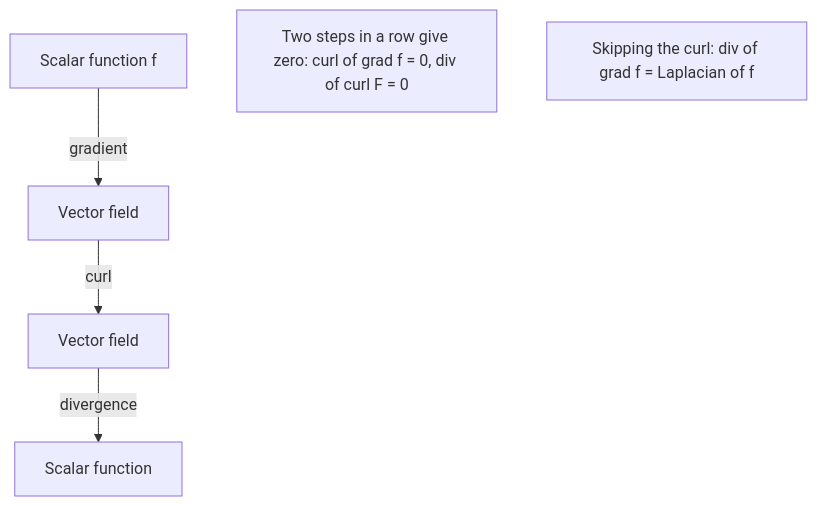
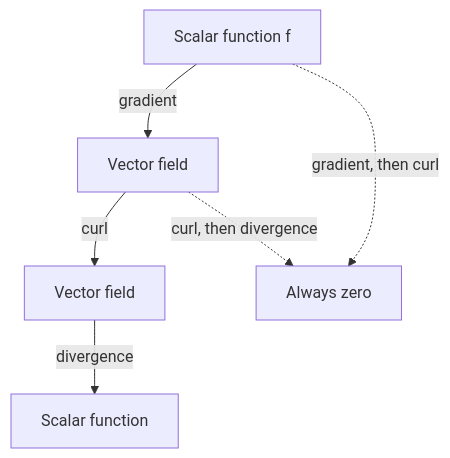
Before and after one commit to Aziliz/erudior: the diagram in content/math/multivariable/lessons/33-curl-div.md, drawn with Mermaid. The commit also changed 39 other files, not shown here.

````diff
--- a/content/math/multivariable/lessons/33-curl-div.md
+++ b/content/math/multivariable/lessons/33-curl-div.md
@@ -116,10 +116,10 @@
 ```mermaid
 flowchart TD
   accTitle: The gradient, curl and divergence chain
-  accDescr: A scalar function goes to a vector field by the gradient. A vector field goes to another vector field by the curl. A vector field goes to a scalar function by the divergence. Two steps in a row give zero: the curl of a gradient is the zero vector and the divergence of a curl is zero. The divergence of a gradient, which skips the curl, is the Laplacian.
+  accDescr: A scalar function goes to a vector field by the gradient. A vector field goes to another vector field by the curl. A vector field goes to a scalar function by the divergence. Two steps in a row give zero: the curl of a gradient is the zero vector and the divergence of a curl is zero. Dotted arrows lead from the start of each two-step path to a box saying the result is always zero.
   A["Scalar function f"] -- "gradient" --> B["Vector field"]
   B -- "curl" --> C["Vector field"]
   C -- "divergence" --> D["Scalar function"]
-  E["Two steps in a row give zero: curl of grad f = 0, div of curl F = 0"]
-  F["Skipping the curl: div of grad f = Laplacian of f"]
+  A -. "gradient, then curl" .-> Z["Always zero"]
+  B -. "curl, then divergence" .-> Z
 ```
````
